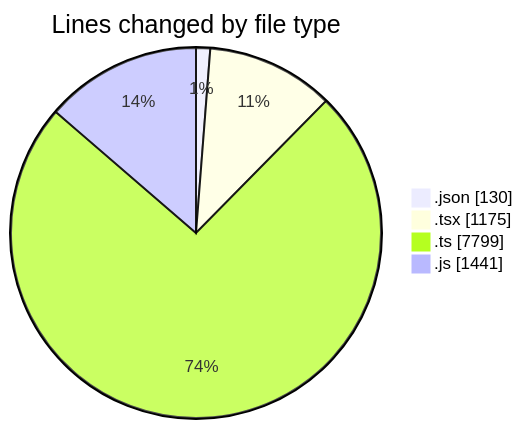
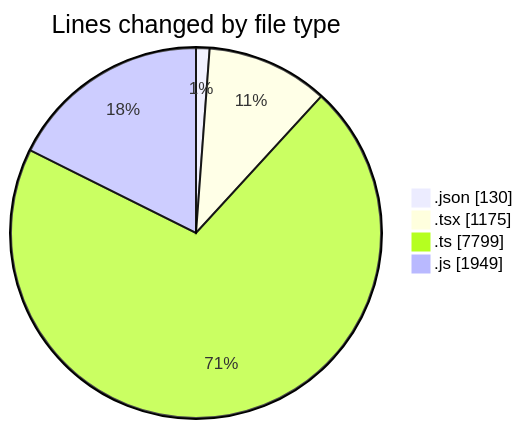
One commit to momahboobian/code-tracking changed the first of 2 diagrams in 2025-07-28/cda/README.md. Above: the diagram before and after it, drawn with Mermaid. The commit also changed other lines of this file and 1 other file, not shown here.

````diff
--- a/2025-07-28/cda/README.md
+++ b/2025-07-28/cda/README.md
@@ -30,8 +31,8 @@
 ```mermaid
 pie showData
 title Lines changed by file type
 ".json" : 130
 ".tsx" : 1175
 ".ts" : 7799
-".js" : 1441
+".js" : 1949
 ```
````
